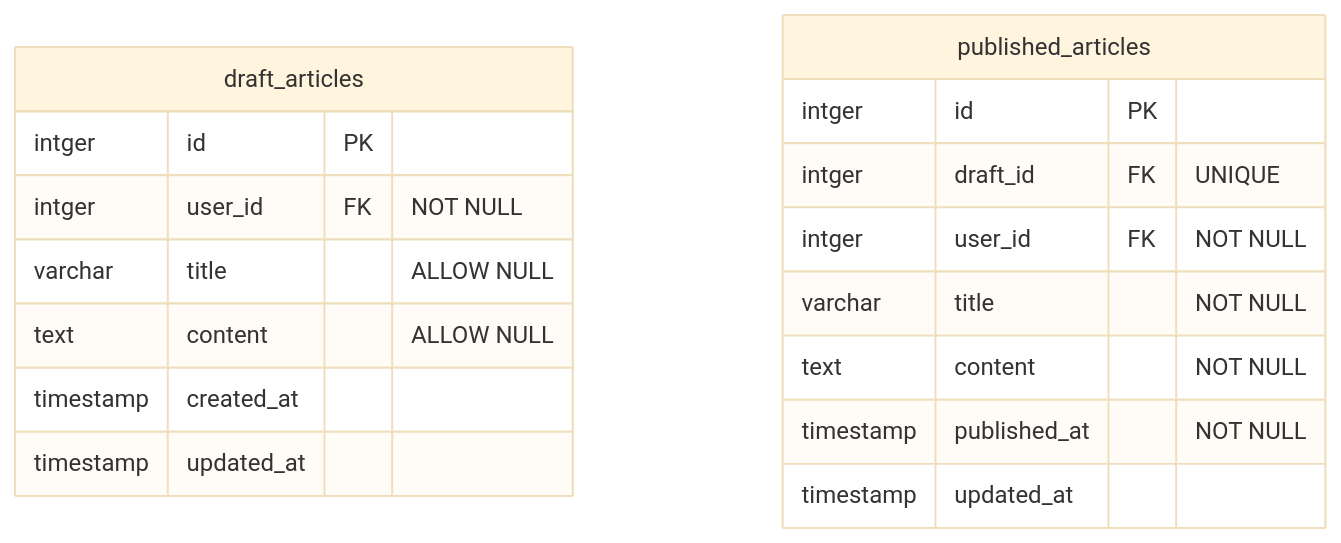
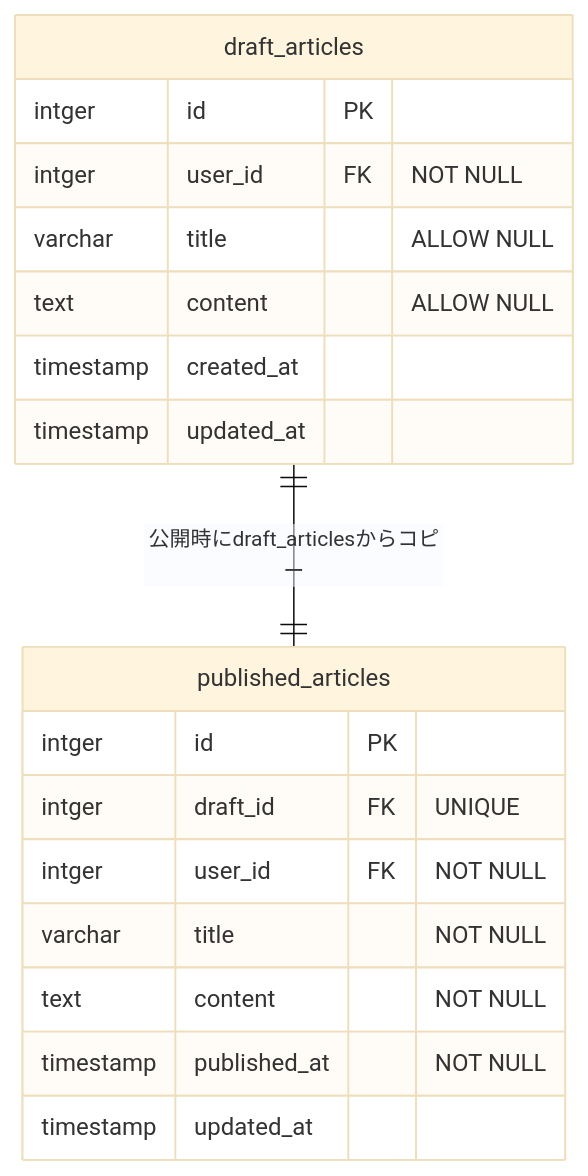
One commit to sloppybook/zenn changed the second of 5 diagrams in articles/57f2197681b2e2.md. Above: the diagram before and after it, drawn with Mermaid (base theme). The commit also changed other lines of this file, not shown here.

````diff
--- a/articles/57f2197681b2e2.md
+++ b/articles/57f2197681b2e2.md
@@ -61,22 +61,24 @@
 ```mermaid
 erDiagram
+  draft_articles ||--|| published_articles : "公開時にdraft_articlesからコピー"
+
   draft_articles {
     intger id PK
     intger user_id FK "NOT NULL"
     varchar title "ALLOW NULL"
     text content "ALLOW NULL"
     timestamp created_at
     timestamp updated_at
   }
 
   published_articles {
     intger id PK
     intger draft_id FK "UNIQUE"
     intger user_id FK "NOT NULL"
     varchar title "NOT NULL"
     text content "NOT NULL"
     timestamp published_at "NOT NULL"
     timestamp updated_at
   }
 
 ```
````
